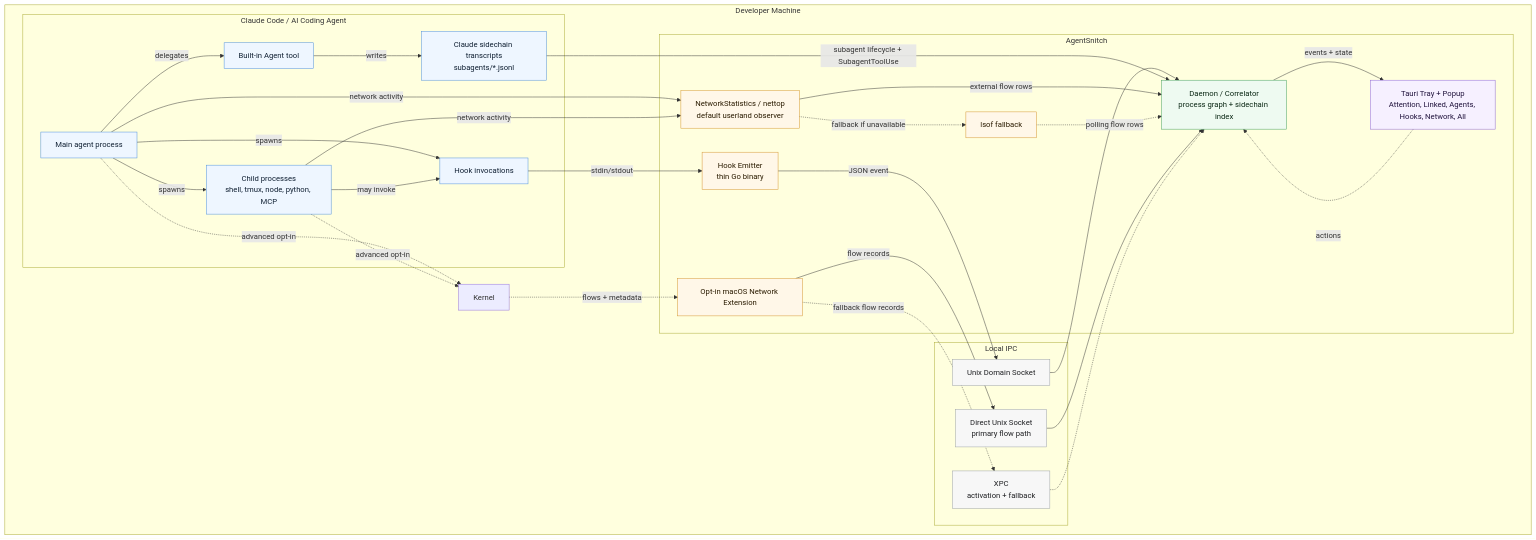
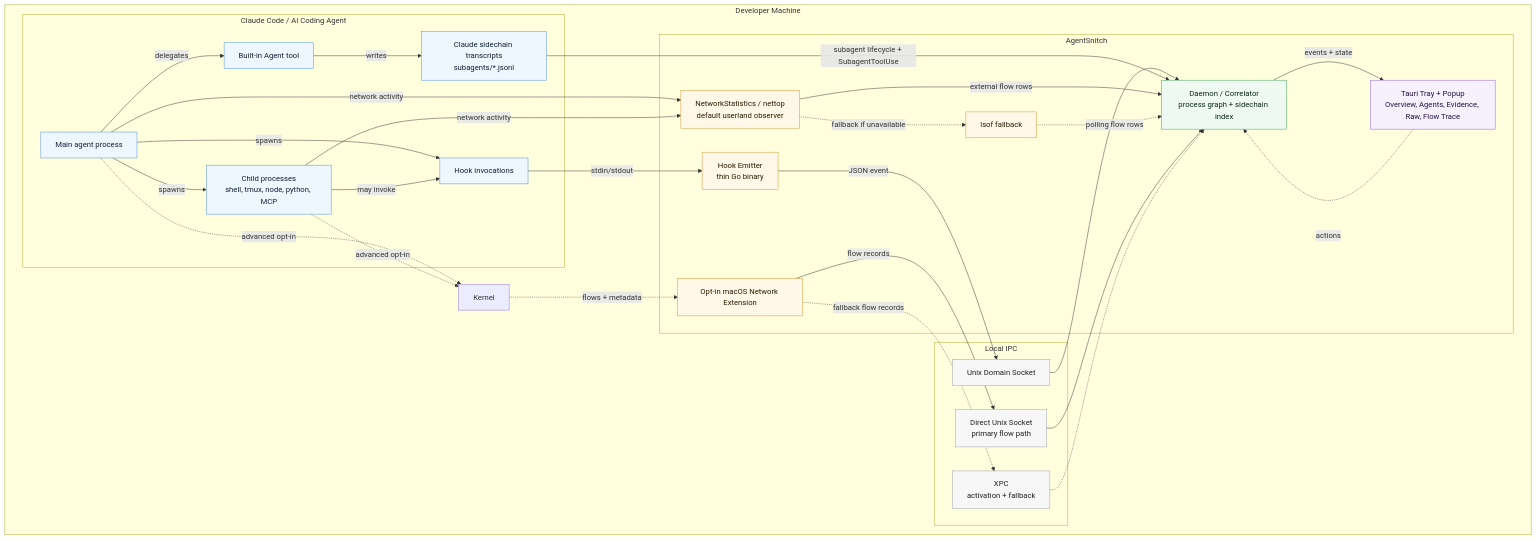
One commit to somoore/agentsnitch changed the first of 3 diagrams in architecture.md. Above: the diagram before and after it, drawn with Mermaid. The commit also changed other lines of this file and 47 other files, not shown here.

````diff
--- a/architecture.md
+++ b/architecture.md
@@ -43,66 +45,66 @@
 ```mermaid
 flowchart TB
     classDef agent fill:#eef6ff,stroke:#4c8eda,color:#102033
     classDef sensor fill:#fff7e8,stroke:#d4942f,color:#2a1b00
     classDef core fill:#eefaf1,stroke:#3f9d5c,color:#0b2815
     classDef ipc fill:#f7f7f7,stroke:#9aa0a6,color:#202124
     classDef ui fill:#f6f0ff,stroke:#8c63d8,color:#21133d
 
     subgraph "Developer Machine"
         subgraph "Claude Code / AI Coding Agent"
             Agent[Main agent process]
             Hooks[Hook invocations]
             AgentTool[Built-in Agent tool]
             Sidechain[Claude sidechain transcripts<br/>subagents/*.jsonl]
             Children[Child processes<br/>shell, tmux, node, python, MCP]
         end
 
         subgraph "AgentSnitch"
             Emitter[Hook Emitter<br/>thin Go binary]
             UserlandNet[NetworkStatistics / nettop<br/>default userland observer]
             Lsof[lsof fallback]
             NE[Opt-in macOS Network Extension]
             Daemon[Daemon / Correlator<br/>process graph + sidechain index]
-            UI[Tauri Tray + Popup<br/>Attention, Linked, Agents, Hooks, Network, All]
+            UI[Tauri Tray + Popup<br/>Overview, Agents, Evidence, Raw, Flow Trace]
         end
 
         subgraph "Local IPC"
             Socket[Unix Domain Socket]
             DirectSocket[Direct Unix Socket<br/>primary flow path]
             XPC[XPC<br/>activation + fallback]
         end
 
         Agent -->|spawns| Hooks
         Agent -->|delegates| AgentTool
         AgentTool -->|writes| Sidechain
         Agent -->|spawns| Children
         Children -->|may invoke| Hooks
         Hooks -->|stdin/stdout| Emitter
         Emitter -->|JSON event| Socket
         Socket --> Daemon
         Sidechain -->|subagent lifecycle + SubagentToolUse| Daemon
 
         Agent -->|network activity| UserlandNet
         Children -->|network activity| UserlandNet
         UserlandNet -.->|fallback if unavailable| Lsof
         UserlandNet -->|external flow rows| Daemon
         Lsof -.->|polling flow rows| Daemon
 
         Agent -.->|advanced opt-in| Kernel
         Children -.->|advanced opt-in| Kernel
         Kernel -.->|flows + metadata| NE
         NE -->|flow records| DirectSocket
         DirectSocket --> Daemon
         NE -.->|fallback flow records| XPC
         XPC -.-> Daemon
 
         Daemon -->|events + state| UI
         UI -.->|actions| Daemon
     end
 
     class Agent,Hooks,AgentTool,Sidechain,Children agent
     class Emitter,UserlandNet,Lsof,NE sensor
     class Daemon core
     class Socket,DirectSocket,XPC ipc
     class UI ui
 ```
````
